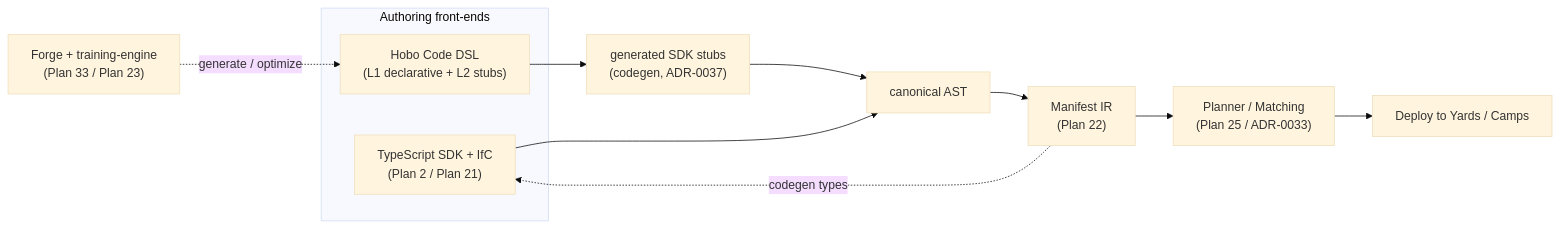
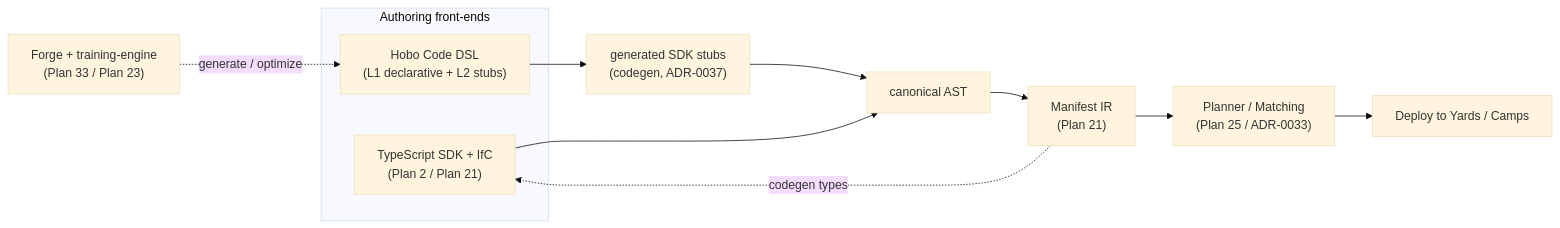
The second of 2 diagrams in docs/design/authoring-resources-wiring.md (Tyler-R-Kendrick/HoBo), drawn with Mermaid (base theme) before and after one commit. The commit also changed other lines of this file and 67 other files, not shown here.

````diff
--- a/docs/design/authoring-resources-wiring.md
+++ b/docs/design/authoring-resources-wiring.md
@@ -291,15 +263,15 @@
 ```mermaid
 flowchart LR
   subgraph FE["Authoring front-ends"]
     TS["TypeScript SDK + IfC<br/>(Plan 2 / Plan 21)"]
     HC["Hobo Code DSL<br/>(L1 declarative + L2 stubs)"]
   end
   HC --> STUB["generated SDK stubs<br/>(codegen, ADR-0037)"]
   STUB --> AST["canonical AST"]
   TS --> AST
-  AST --> IR["Manifest IR<br/>(Plan 22)"]
+  AST --> IR["Manifest IR<br/>(Plan 21)"]
   IR --> PLAN["Planner / Matching<br/>(Plan 25 / ADR-0033)"]
   PLAN --> DEPLOY["Deploy to Yards / Camps"]
   FORGE["Forge + training-engine<br/>(Plan 33 / Plan 23)"] -.generate / optimize.-> HC
   IR -.codegen types.-> TS
 ```
````
